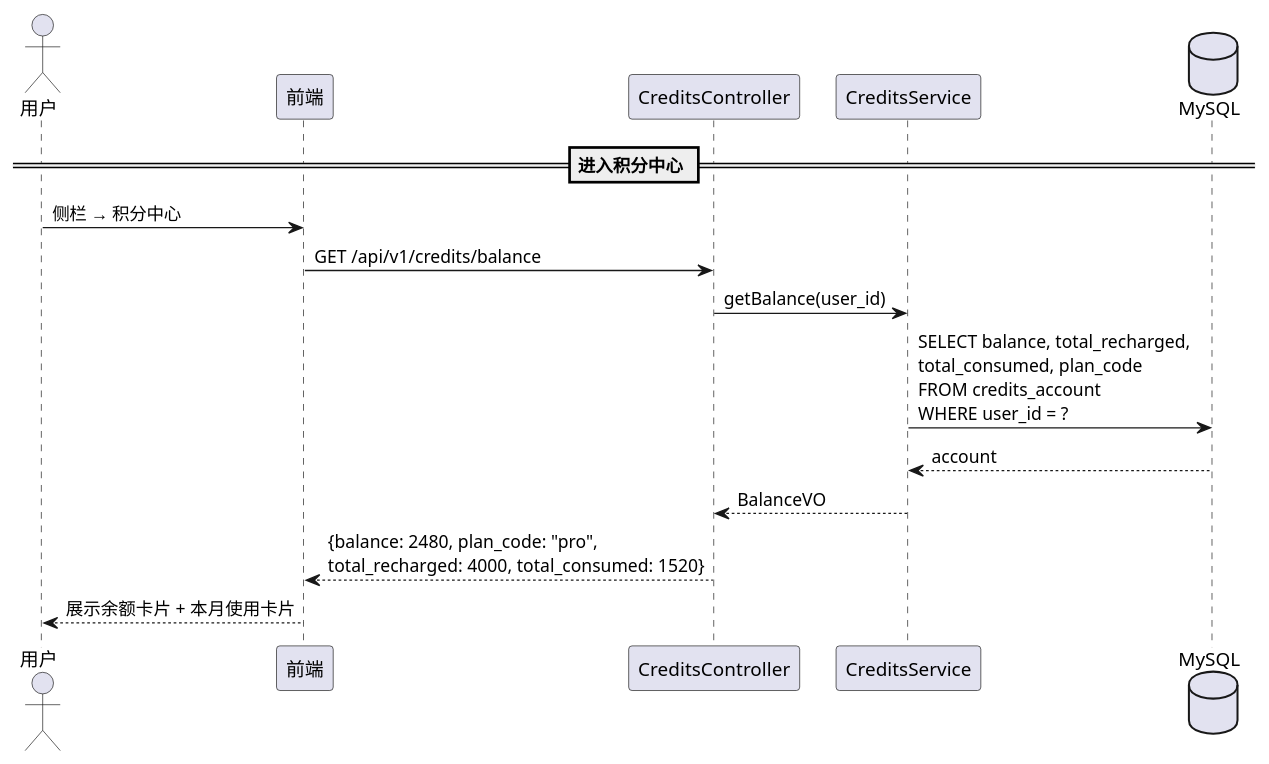
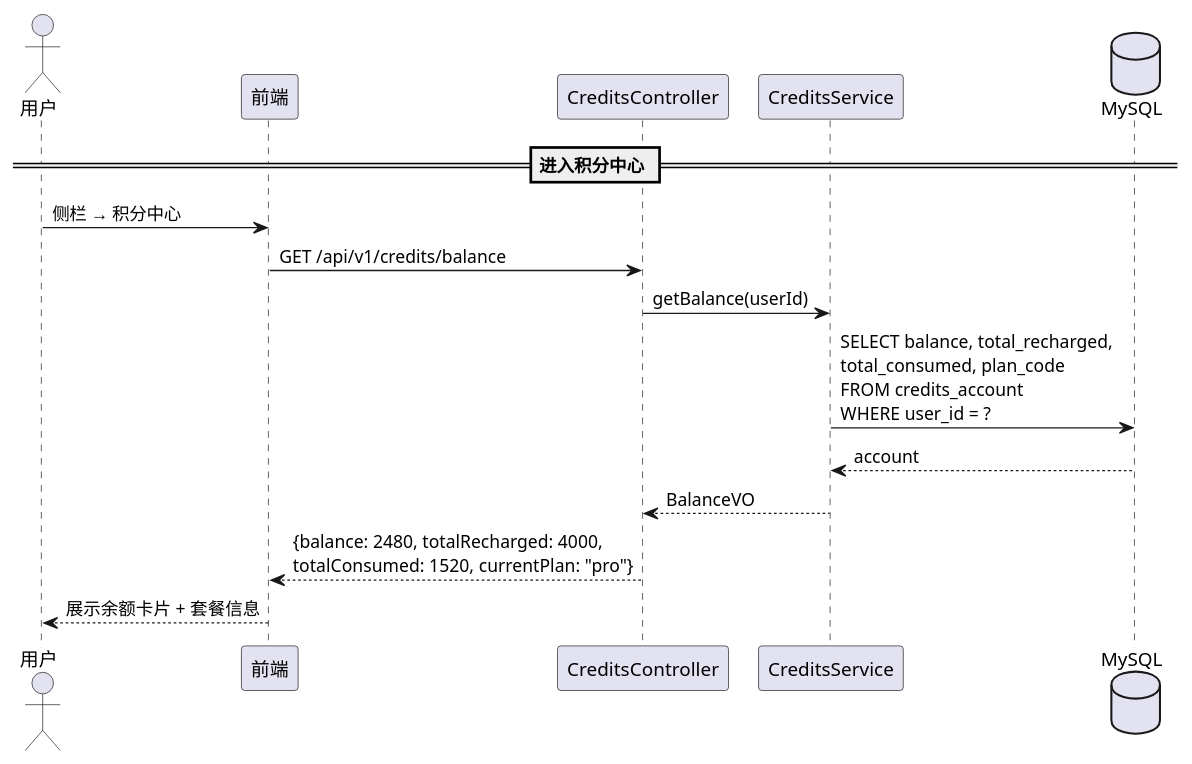
Before and after one commit to liluqing/farvis-harness: the third of 6 diagrams in Docs/iterations/2026-06-19_积分体系_v1.0/tech-design.md, drawn with PlantUML. The commit also changed other lines of this file and 1 other file, not shown here.

````diff
--- a/Docs/iterations/2026-06-19_积分体系_v1.0/tech-design.md
+++ b/Docs/iterations/2026-06-19_积分体系_v1.0/tech-design.md
@@ -244,21 +313,21 @@
 ```plantuml
 @startuml
 actor 用户
 participant "前端" as FE
 participant "CreditsController" as Ctrl
 participant "CreditsService" as Svc
 database "MySQL" as DB
 
 == 进入积分中心 ==
 用户 -> FE: 侧栏 → 积分中心
 FE -> Ctrl: GET /api/v1/credits/balance
 
-Ctrl -> Svc: getBalance(user_id)
+Ctrl -> Svc: getBalance(userId)
 Svc -> DB: SELECT balance, total_recharged,\ntotal_consumed, plan_code\nFROM credits_account\nWHERE user_id = ?
 DB --> Svc: account
 Svc --> Ctrl: BalanceVO
-Ctrl --> FE: {balance: 2480, plan_code: "pro",\ntotal_recharged: 4000, total_consumed: 1520}
-FE --> 用户: 展示余额卡片 + 本月使用卡片
+Ctrl --> FE: {balance: 2480, totalRecharged: 4000,\ntotalConsumed: 1520, currentPlan: "pro"}
+FE --> 用户: 展示余额卡片 + 套餐信息
 
 @enduml
 ```
````
